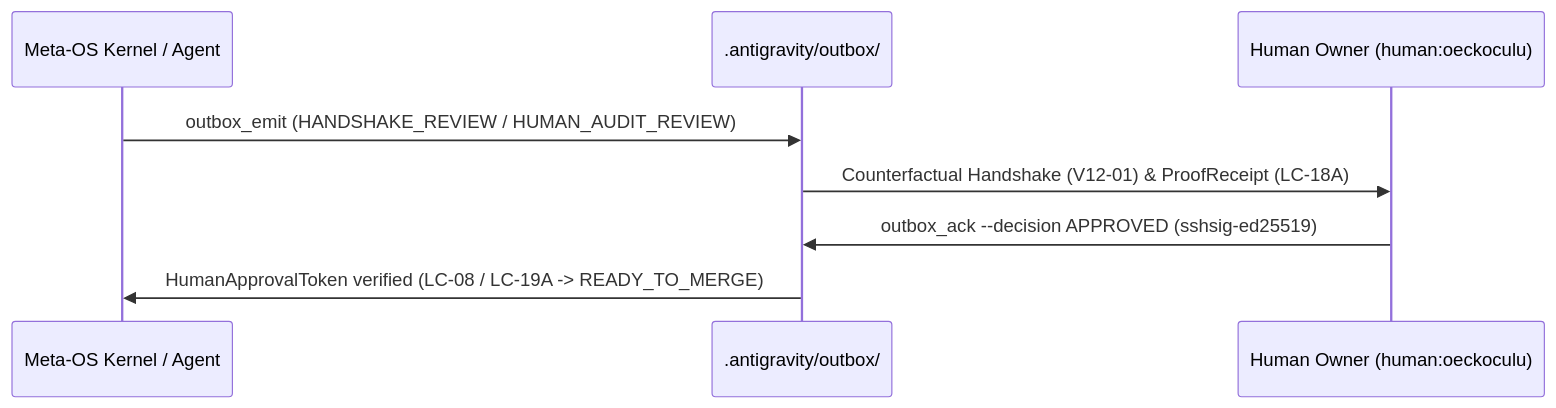
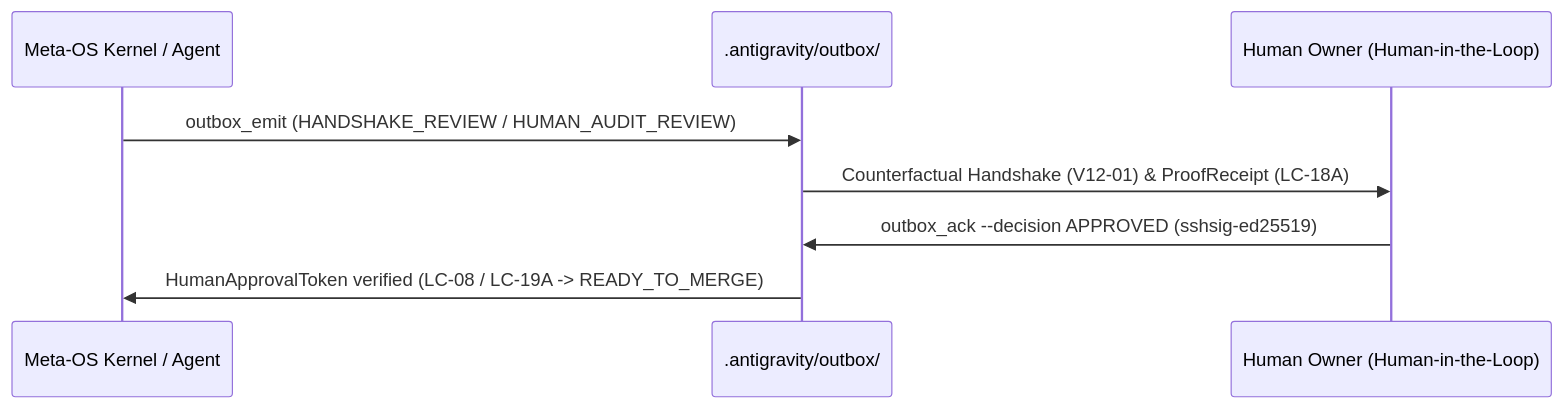
Before and after one commit to oeckoculu/metaOSforAntigravity: the diagram in docs/cockpit/DECISION_QUEUE.md, drawn with Mermaid. The commit also changed 14 other files, not shown here.

````diff
--- a/docs/cockpit/DECISION_QUEUE.md
+++ b/docs/cockpit/DECISION_QUEUE.md
@@ -19,10 +19,10 @@
 ```mermaid
 sequenceDiagram
     participant A as Meta-OS Kernel / Agent
     participant O as .antigravity/outbox/
-    participant H as Human Owner (human:oeckoculu)
+    participant H as Human Owner (Human-in-the-Loop)
     A->>O: outbox_emit (HANDSHAKE_REVIEW / HUMAN_AUDIT_REVIEW)
     O->>H: Counterfactual Handshake (V12-01) & ProofReceipt (LC-18A)
     H->>O: outbox_ack --decision APPROVED (sshsig-ed25519)
     O->>A: HumanApprovalToken verified (LC-08 / LC-19A -> READY_TO_MERGE)
 ```
````
